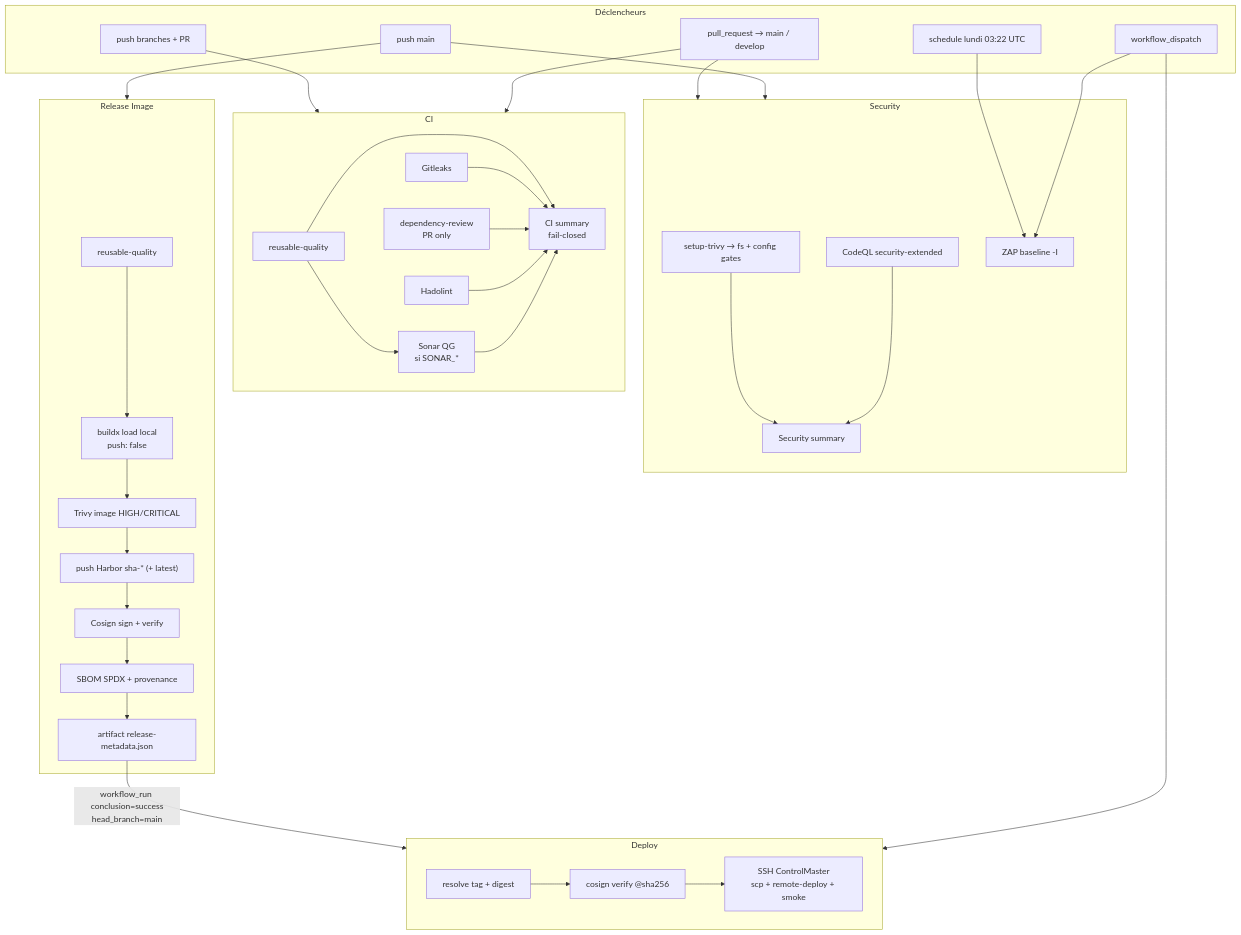
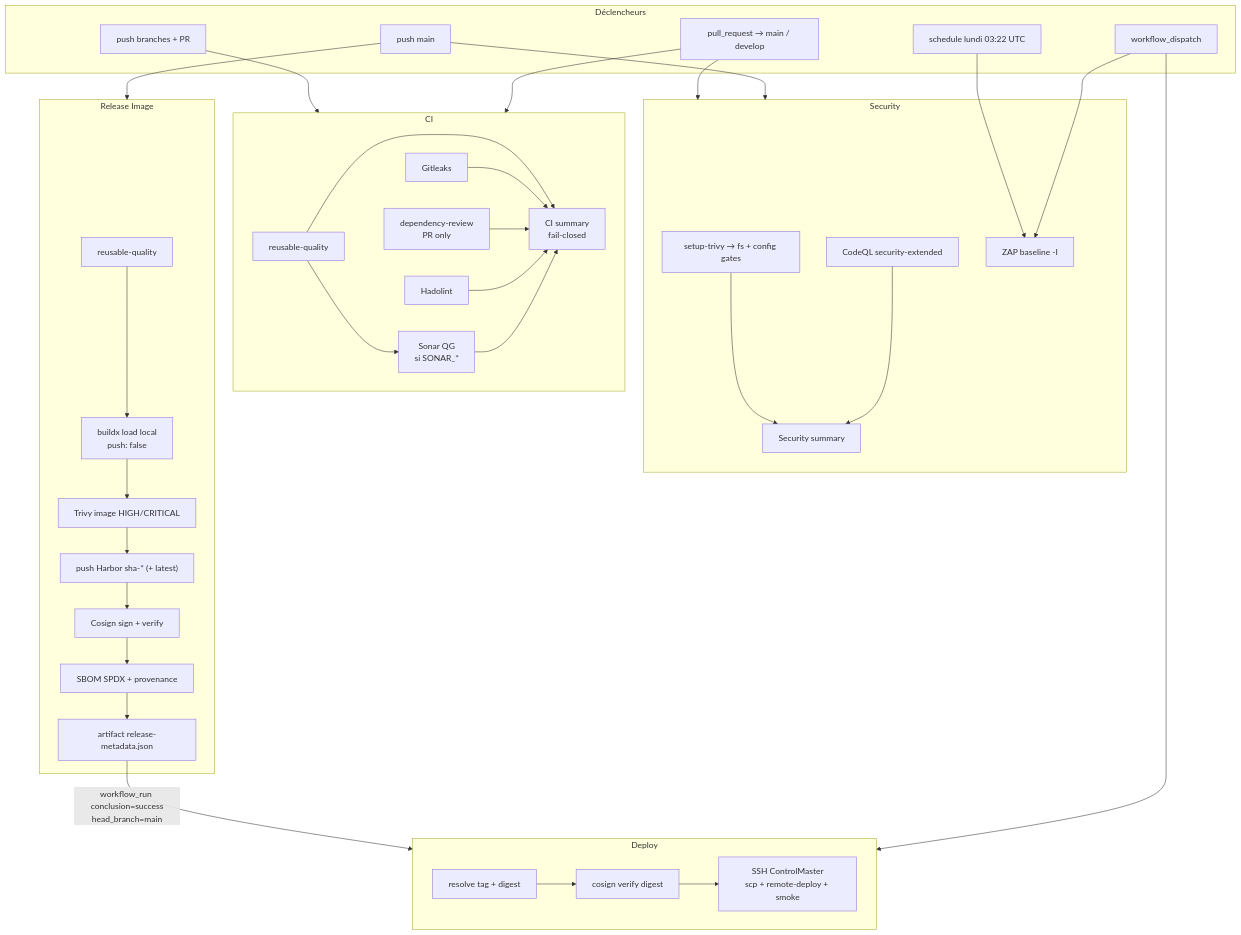
The first of 4 diagrams in .github/README.md (barthez-kenwou/supply-chain-pipeline), drawn with Mermaid before and after one commit. The commit also changed other lines of this file and 37 other files, not shown here.

````diff
--- a/.github/README.md
+++ b/.github/README.md
@@ -48,57 +48,57 @@
 ```mermaid
 flowchart TB
   subgraph triggers["Déclencheurs"]
     PR["pull_request → main / develop"]
     PUSH["push branches + PR"]
     MAIN["push main"]
     CRON["schedule lundi 03:22 UTC"]
     MANUAL["workflow_dispatch"]
   end
 
   subgraph ci_wf["CI"]
     Q["reusable-quality"]
     GL["Gitleaks"]
     DR["dependency-review<br/>PR only"]
     HD["Hadolint"]
     SQ["Sonar QG<br/>si SONAR_*"]
     CIS["CI summary<br/>fail-closed"]
     Q --> SQ
     Q & GL & DR & HD & SQ --> CIS
   end
 
   subgraph sec_wf["Security"]
     TR["setup-trivy → fs + config gates"]
     CQL["CodeQL security-extended"]
     ZAP["ZAP baseline -I"]
     SES["Security summary"]
     TR & CQL --> SES
   end
 
   subgraph rel_wf["Release Image"]
     RQ["reusable-quality"]
     BL["buildx load local<br/>push: false"]
     TI["Trivy image HIGH/CRITICAL"]
     PH["push Harbor sha-* (+ latest)"]
     CO["Cosign sign + verify"]
     SB["SBOM SPDX + provenance"]
     META["artifact release-metadata.json"]
     RQ --> BL --> TI --> PH --> CO --> SB --> META
   end
 
   subgraph dep_wf["Deploy"]
     RES["resolve tag + digest"]
-    VER["cosign verify @sha256"]
+    VER["cosign verify digest"]
     SSH["SSH ControlMaster<br/>scp + remote-deploy + smoke"]
     RES --> VER --> SSH
   end
 
   PUSH --> ci_wf
   PR --> ci_wf
   PR --> sec_wf
   MAIN --> sec_wf
   CRON --> ZAP
   MANUAL --> ZAP
   MAIN --> rel_wf
   META -->|"workflow_run conclusion=success<br/>head_branch=main"| dep_wf
   MANUAL --> dep_wf
 ```
````
